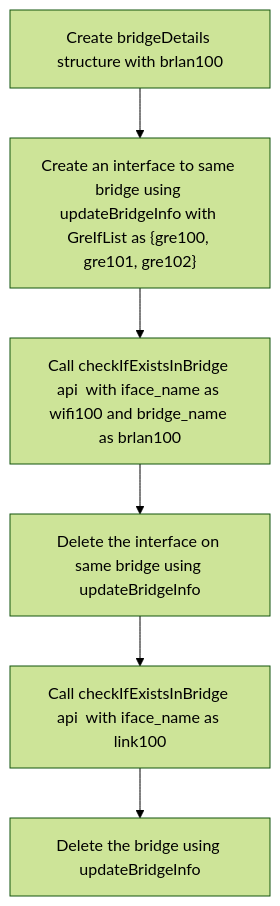
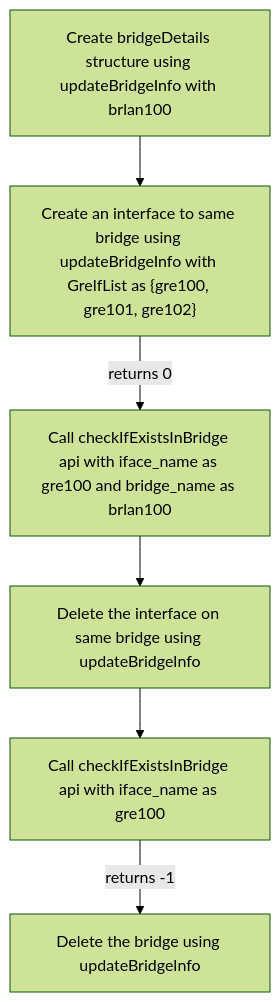
Before and after one commit to rdkcentral/rdkb-halif-test-bridge-util: the fourth of 5 diagrams in docs/pages/bridge_util_mermaid.md, drawn with Mermaid (forest theme). The commit also changed other lines of this file, not shown here.

Commit message:
Develop bridge util hal L2 test suite Modified bridge util Mermaid file

````diff
--- a/docs/pages/bridge_util_mermaid.md
+++ b/docs/pages/bridge_util_mermaid.md
@@ -48,14 +46,14 @@
 ```mermaid
 graph TD
-A["Create bridgeDetails structure with brlan100"] 
-B["Create an interface to same bridge using updateBridgeInfo with GreIfList as {gre100, gre101, gre102}" ] 
-C["Call checkIfExistsInBridge api  with iface_name as wifi100 and bridge_name as brlan100"] 
+A["Create bridgeDetails structure using updateBridgeInfo with brlan100"]
+B["Create an interface to same bridge using updateBridgeInfo with GreIfList as {gre100, gre101, gre102}" ]
+C["Call checkIfExistsInBridge api with iface_name as gre100 and bridge_name as brlan100"]
 D["Delete the interface on same bridge using updateBridgeInfo "]
-E["Call checkIfExistsInBridge api  with iface_name as link100"]
+E["Call checkIfExistsInBridge api with iface_name as gre100"]
 F["Delete the bridge using updateBridgeInfo"]
 A --> B
-B --> C
+B --returns 0 --> C
 C --> D
 D --> E
-E --> F
+E --returns -1 --> F
 ```
````
